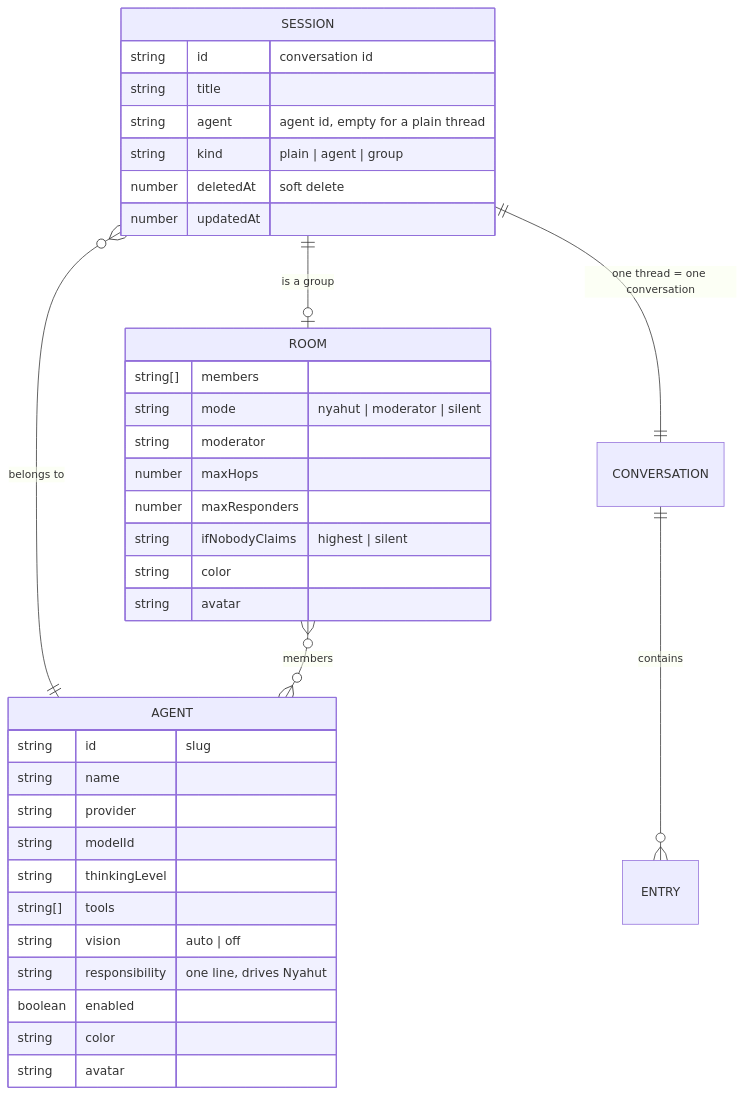
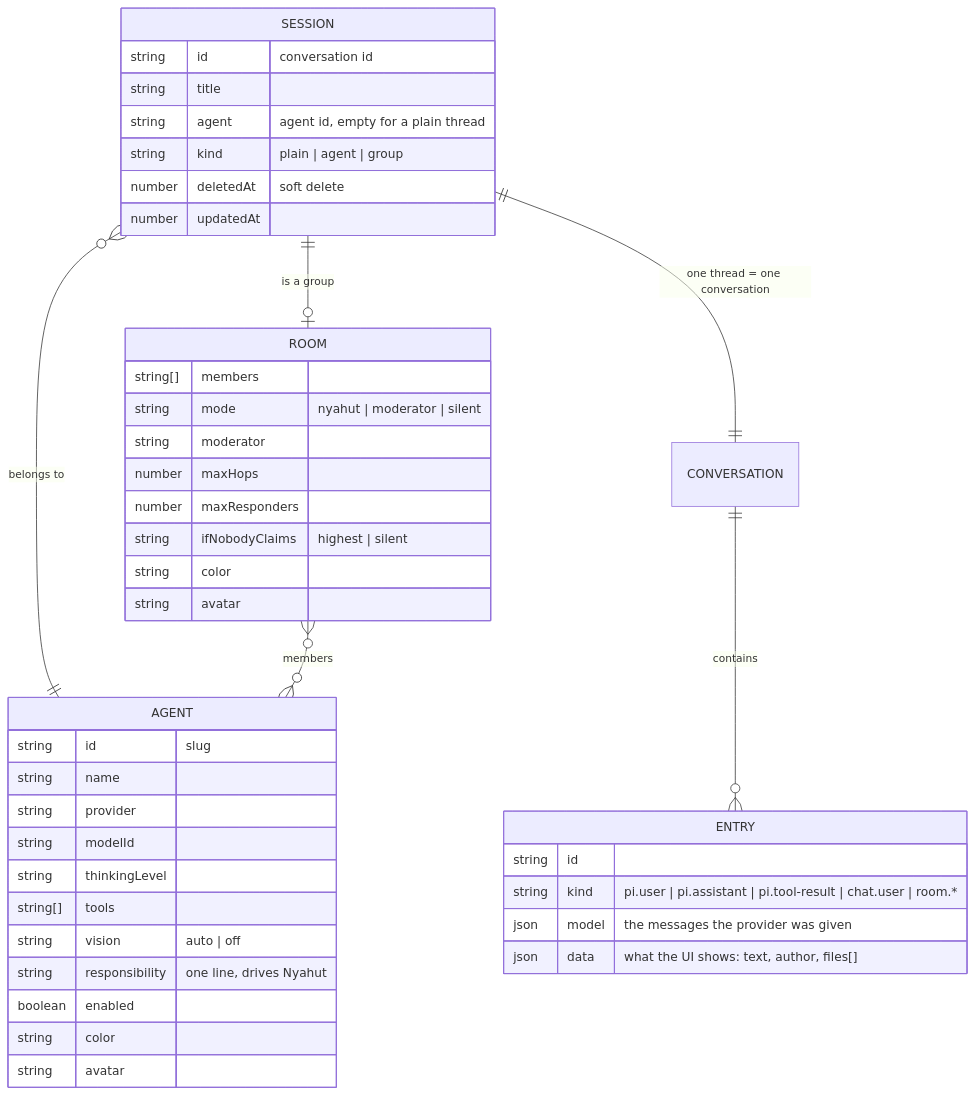
Before and after one commit to mariobgsp/durable-agents: the second of 5 diagrams in README.md, drawn with Mermaid. The commit also changed other lines of this file, not shown here.

````diff
--- a/README.md
+++ b/README.md
@@ -135,40 +135,46 @@
 ```mermaid
 erDiagram
   SESSION ||--o| ROOM : "is a group"
   SESSION }o--|| AGENT : "belongs to"
   ROOM }o--o{ AGENT : members
   SESSION ||--|| CONVERSATION : "one thread = one conversation"
   CONVERSATION ||--o{ ENTRY : contains
 
   SESSION {
     string id "conversation id"
     string title
     string agent "agent id, empty for a plain thread"
     string kind "plain | agent | group"
     number deletedAt "soft delete"
     number updatedAt
   }
   ROOM {
     string[] members
     string mode "nyahut | moderator | silent"
     string moderator
     number maxHops
     number maxResponders
     string ifNobodyClaims "highest | silent"
     string color
     string avatar
   }
   AGENT {
     string id "slug"
     string name
     string provider
     string modelId
     string thinkingLevel
     string[] tools
     string vision "auto | off"
     string responsibility "one line, drives Nyahut"
     boolean enabled
     string color
     string avatar
   }
+  ENTRY {
+    string id
+    string kind "pi.user | pi.assistant | pi.tool-result | chat.user | room.*"
+    json model "the messages the provider was given"
+    json data "what the UI shows: text, author, files[]"
+  }
 ```
````
